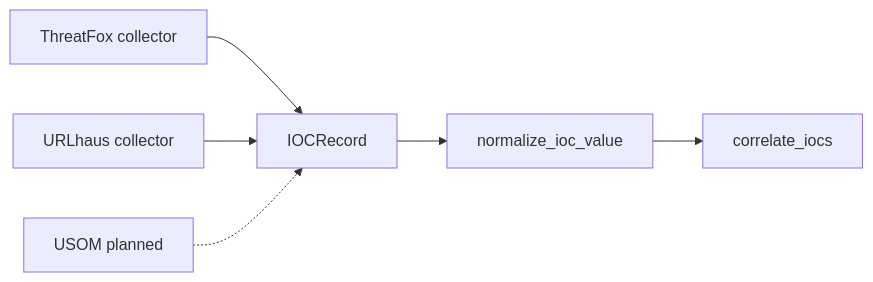
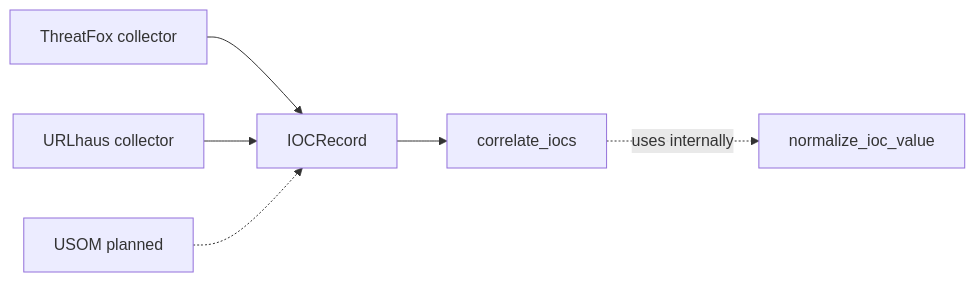
One commit to ConquestorYa/threatfusion-ai changed the first of 2 diagrams in docs/ARCHITECTURE.md. Above: the diagram before and after it, drawn with Mermaid. The commit also changed other lines of this file and 2 other files, not shown here.

Commit message:
docs: add project context and architecture

````diff
--- a/docs/ARCHITECTURE.md
+++ b/docs/ARCHITECTURE.md
@@ -7,8 +7,8 @@
 ```mermaid
 flowchart LR
     ThreatFox[ThreatFox collector] --> Record[IOCRecord]
     URLhaus[URLhaus collector] --> Record
     USOM[USOM planned] -.-> Record
-    Record --> Normalize[normalize_ioc_value]
-    Normalize --> Correlate[correlate_iocs]
+    Record --> Correlate[correlate_iocs]
+    Correlate -. uses internally .-> Normalize[normalize_ioc_value]
 ```
````
